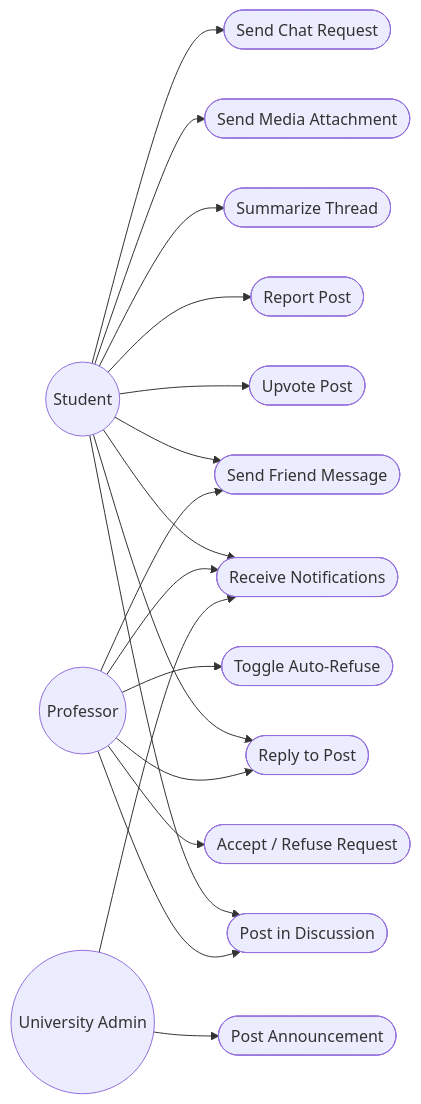
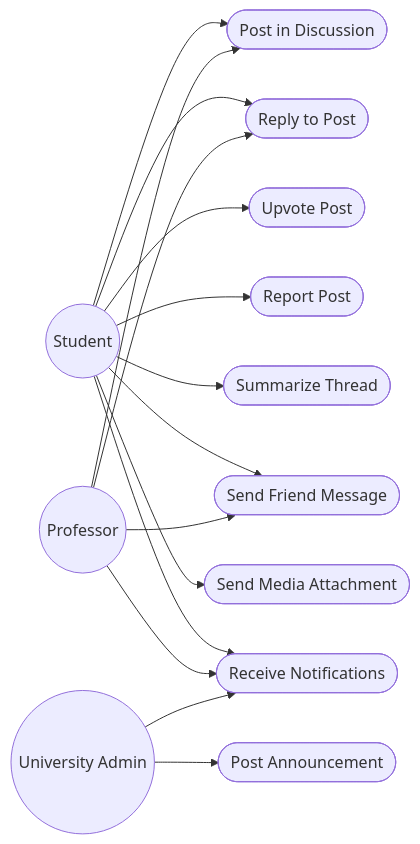
One commit to yazidha09/Hub4Learners changed the third of 5 diagrams in docs/sprints/SPRINT_5.md. Above: the diagram before and after it, drawn with Mermaid. The commit also changed other lines of this file and 15 other files, not shown here.

Commit message:
remove the chat request

````diff
--- a/docs/sprints/SPRINT_5.md
+++ b/docs/sprints/SPRINT_5.md
@@ -154,37 +130,31 @@
 ```mermaid
 graph LR
     S((Student))
     P((Professor))
     UA((University Admin))
 
     UC1([Post in Discussion])
     UC2([Reply to Post])
     UC3([Upvote Post])
     UC4([Report Post])
     UC5([Summarize Thread])
     UC6([Send Friend Message])
     UC7([Send Media Attachment])
-    UC8([Send Chat Request])
-    UC9([Accept / Refuse Request])
-    UC10([Toggle Auto-Refuse])
-    UC11([Receive Notifications])
-    UC12([Post Announcement])
+    UC8([Receive Notifications])
+    UC9([Post Announcement])
 
     S --> UC1
     S --> UC2
     S --> UC3
     S --> UC4
     S --> UC5
     S --> UC6
     S --> UC7
     S --> UC8
-    S --> UC11
     P --> UC1
     P --> UC2
     P --> UC6
-    P --> UC9
-    P --> UC10
-    P --> UC11
-    UA --> UC12
-    UA --> UC11
+    P --> UC8
+    UA --> UC9
+    UA --> UC8
 ```
````
